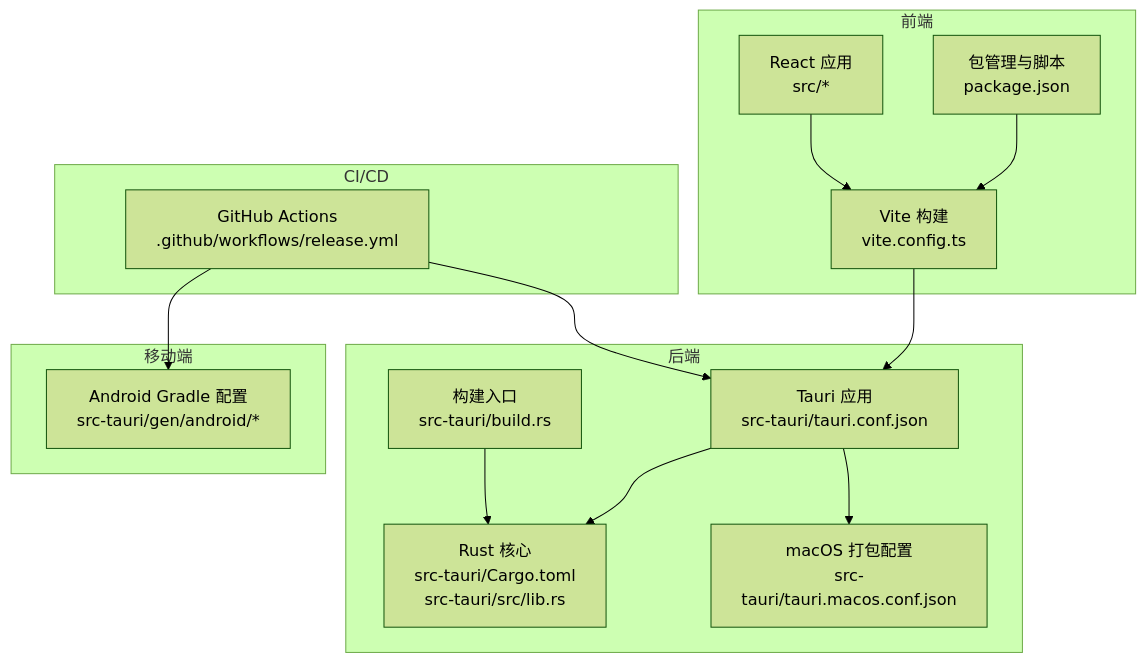
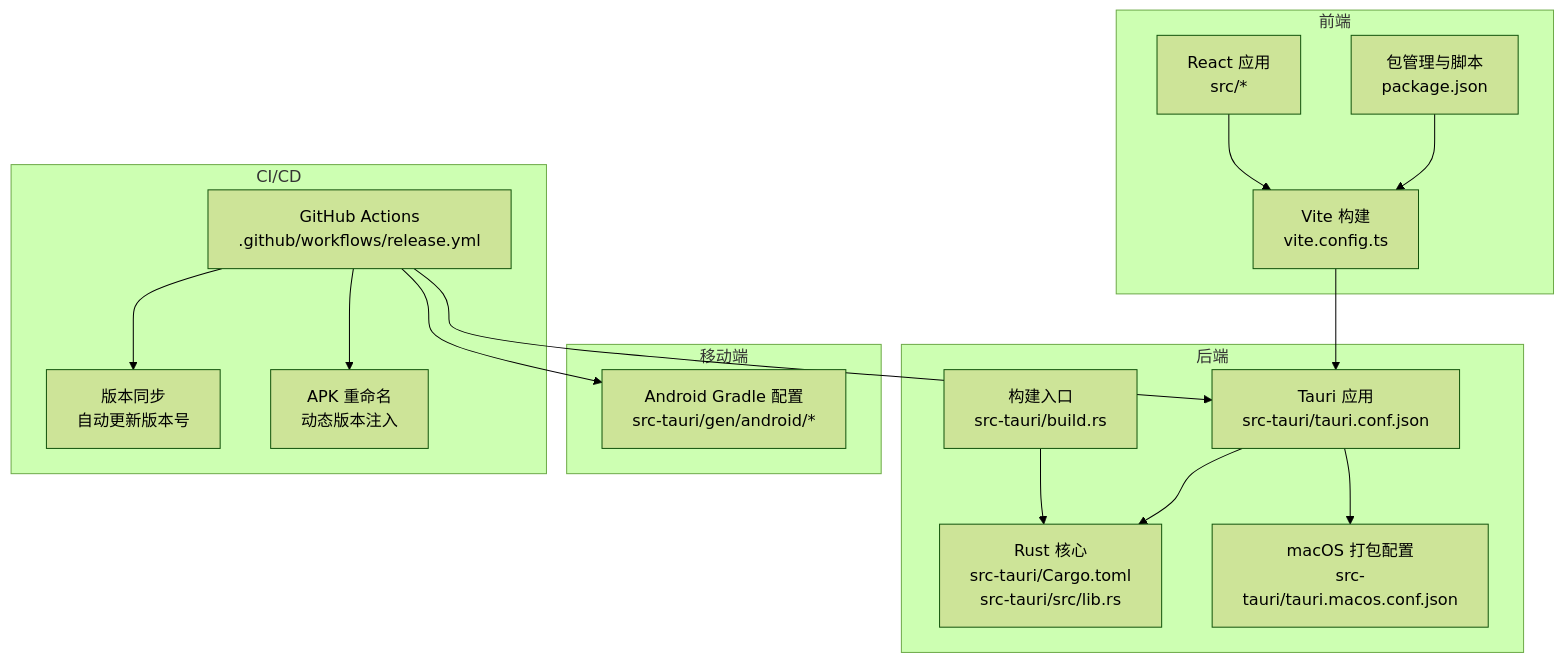
One commit to yn-zxj/Assetly changed the first of 3 diagrams in .qoder/repowiki/zh/content/开发指南/构建与部署.md. Above: the diagram before and after it, drawn with Mermaid (forest theme). The commit also changed other lines of this file and 16 other files, not shown here.

````diff
--- a/.qoder/repowiki/zh/content/开发指南/构建与部署.md
+++ b/.qoder/repowiki/zh/content/开发指南/构建与部署.md
@@ -38,28 +45,32 @@
 ```mermaid
 graph TB
 subgraph "前端"
 Vite["Vite 构建<br/>vite.config.ts"]
 React["React 应用<br/>src/*"]
 Pkg["包管理与脚本<br/>package.json"]
 end
 subgraph "后端"
 Tauri["Tauri 应用<br/>src-tauri/tauri.conf.json"]
 Rust["Rust 核心<br/>src-tauri/Cargo.toml<br/>src-tauri/src/lib.rs"]
 BuildRS["构建入口<br/>src-tauri/build.rs"]
 MacOSCfg["macOS 打包配置<br/>src-tauri/tauri.macos.conf.json"]
 end
 subgraph "移动端"
 AndroidGradle["Android Gradle 配置<br/>src-tauri/gen/android/*"]
 end
 subgraph "CI/CD"
 GHActions["GitHub Actions<br/>.github/workflows/release.yml"]
+VersionSync["版本同步<br/>自动更新版本号"]
+APKRename["APK 重命名<br/>动态版本注入"]
 end
 Pkg --> Vite
 Vite --> Tauri
 React --> Vite
 Tauri --> Rust
 BuildRS --> Rust
 Tauri --> MacOSCfg
+GHActions --> VersionSync
+GHActions --> APKRename
 GHActions --> Tauri
 GHActions --> AndroidGradle
 ```
````
